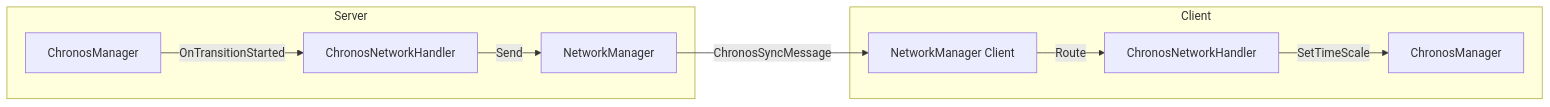
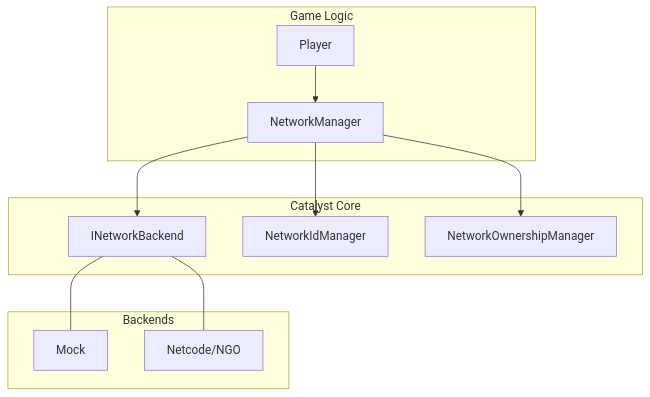
Before and after one commit to eraflo/Catalyst: the diagram in Documentation~/Modules/Networking.md, drawn with Mermaid. The commit also changed other lines of this file and 95 other files, not shown here.

First line of the commit message:
feat(networking): major architecture refactor and comprehensive documentation

````diff
--- a/Documentation~/Modules/Networking.md
+++ b/Documentation~/Modules/Networking.md
@@ -373,14 +12,15 @@
 ```mermaid
-graph LR
-    subgraph "Server"
-        S_CM[ChronosManager] --> |OnTransitionStarted| S_NH[ChronosNetworkHandler]
-        S_NH --> |Send| S_NM[NetworkManager]
+graph TD
+    subgraph "Game Logic"
+        P[Player] --> NM[NetworkManager]
     end
-
-    S_NM --> |"ChronosSyncMessage"| C_NM[NetworkManager Client]
-
-    subgraph "Client"
-        C_NM --> |Route| C_NH[ChronosNetworkHandler]
-        C_NH --> |SetTimeScale| C_CM[ChronosManager]
+    subgraph "Catalyst Core"
+        NM --> NB["INetworkBackend"]
+        NM --> NIM[NetworkIdManager]
+        NM --> NOM[NetworkOwnershipManager]
+    end
+    subgraph "Backends"
+        NB --- M[Mock]
+        NB --- NG[Netcode/NGO]
     end
 ```
````
